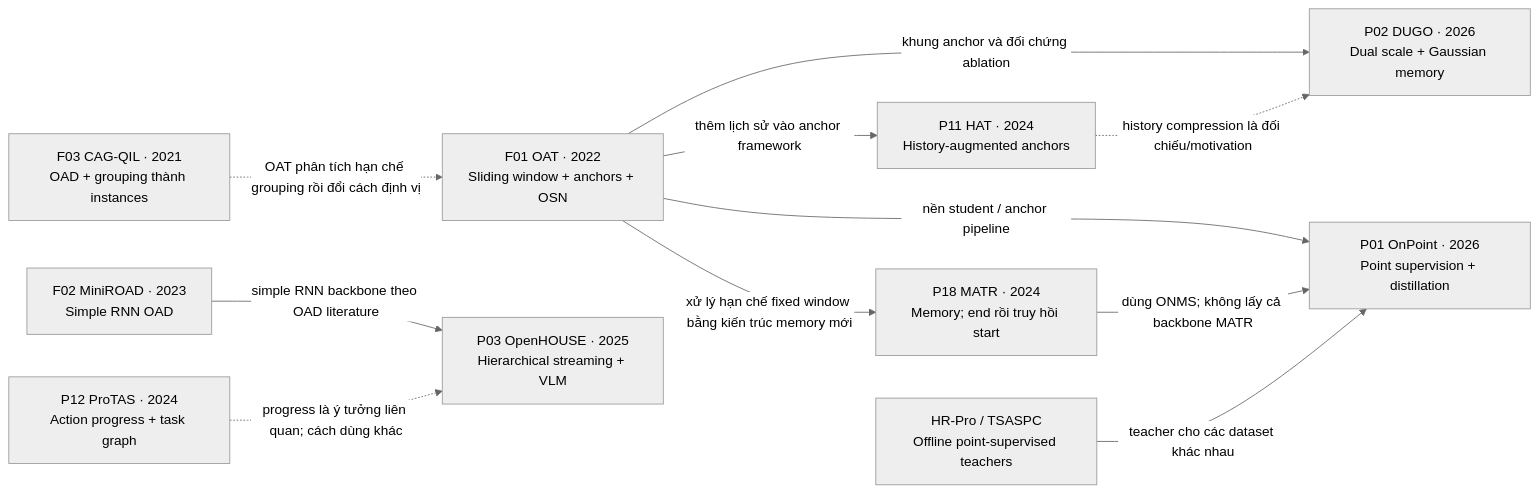
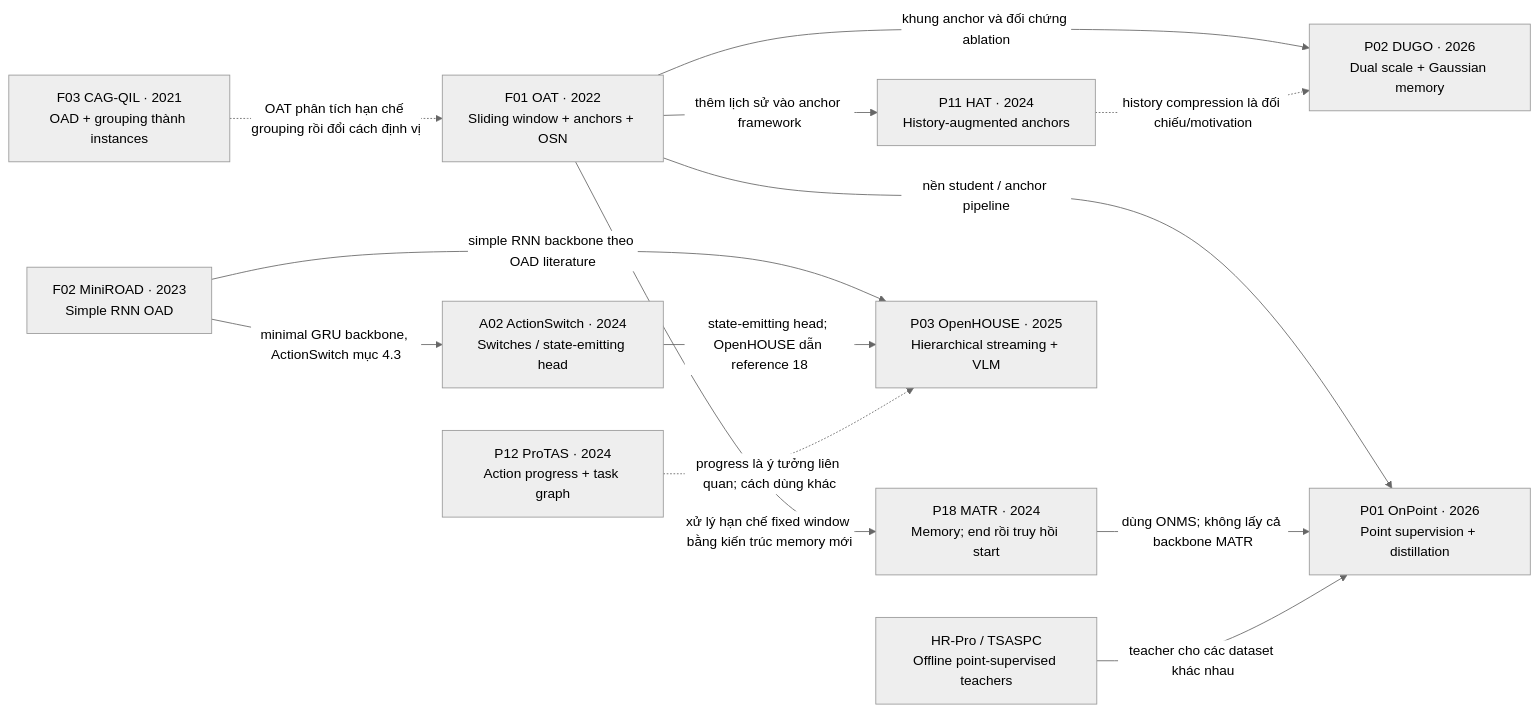
Before and after one commit to khaihoang004/VideoSegmentation: the diagram in docs/reading_order.md, drawn with Mermaid (neutral theme). The commit also changed other lines of this file and 17 other files, not shown here.

Commit message:
Review supplied paper links and add nine related PDFs to the reading roadmap

````diff
--- a/docs/reading_order.md
+++ b/docs/reading_order.md
@@ -33,24 +37,27 @@
 ```mermaid
 flowchart LR
     CAG["F03 CAG-QIL · 2021<br/>OAD + grouping thành instances"]
     OAT["F01 OAT · 2022<br/>Sliding window + anchors + OSN"]
     HAT["P11 HAT · 2024<br/>History-augmented anchors"]
     MATR["P18 MATR · 2024<br/>Memory; end rồi truy hồi start"]
     OP["P01 OnPoint · 2026<br/>Point supervision + distillation"]
     TEACH["HR-Pro / TSASPC<br/>Offline point-supervised teachers"]
     DUGO["P02 DUGO · 2026<br/>Dual scale + Gaussian memory"]
     MINI["F02 MiniROAD · 2023<br/>Simple RNN OAD"]
+    SWITCH["A02 ActionSwitch · 2024<br/>Switches / state-emitting head"]
     PROTAS["P12 ProTAS · 2024<br/>Action progress + task graph"]
     HOUSE["P03 OpenHOUSE · 2025<br/>Hierarchical streaming + VLM"]
 
     CAG -.->|"OAT phân tích hạn chế grouping rồi đổi cách định vị"| OAT
     OAT -->|"thêm lịch sử vào anchor framework"| HAT
     OAT -->|"xử lý hạn chế fixed window bằng kiến trúc memory mới"| MATR
     OAT -->|"nền student / anchor pipeline"| OP
     MATR -->|"dùng ONMS; không lấy cả backbone MATR"| OP
     TEACH -->|"teacher cho các dataset khác nhau"| OP
     OAT -->|"khung anchor và đối chứng ablation"| DUGO
     HAT -.->|"history compression là đối chiếu/motivation"| DUGO
     MINI -->|"simple RNN backbone theo OAD literature"| HOUSE
+    MINI -->|"minimal GRU backbone, ActionSwitch mục 4.3"| SWITCH
+    SWITCH -->|"state-emitting head; OpenHOUSE dẫn reference 18"| HOUSE
     PROTAS -.->|"progress là ý tưởng liên quan; cách dùng khác"| HOUSE
 ```
````
